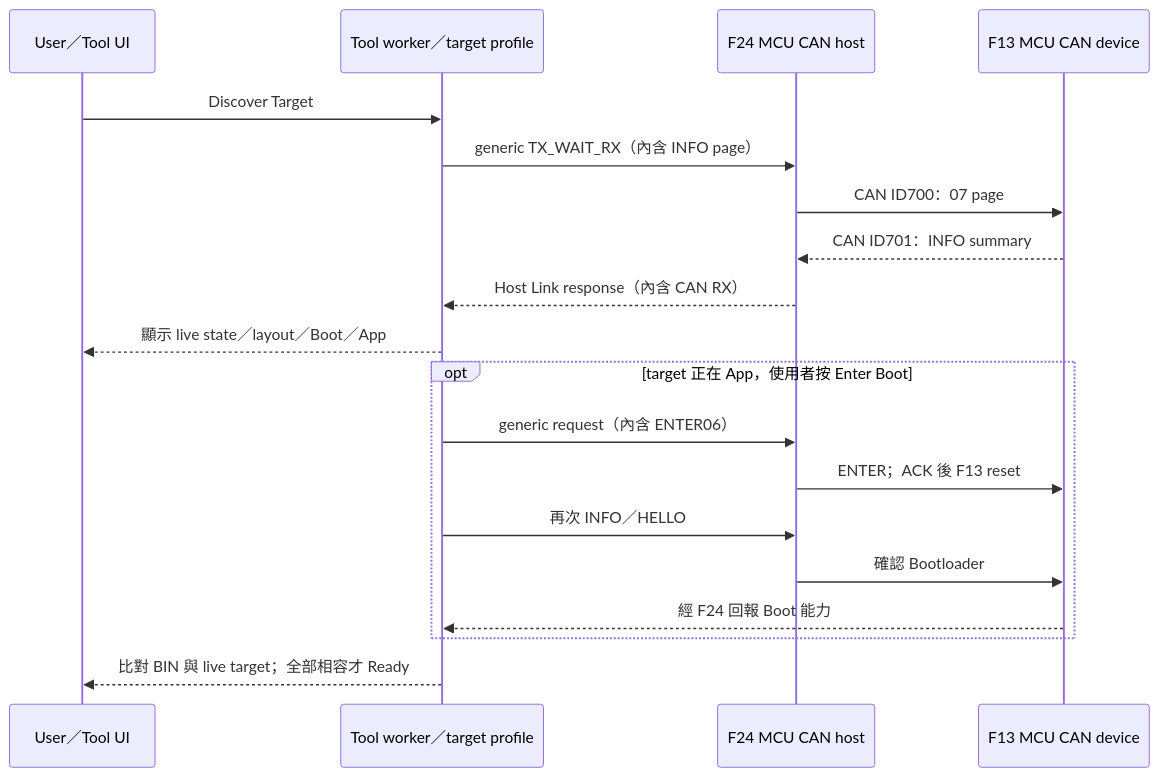
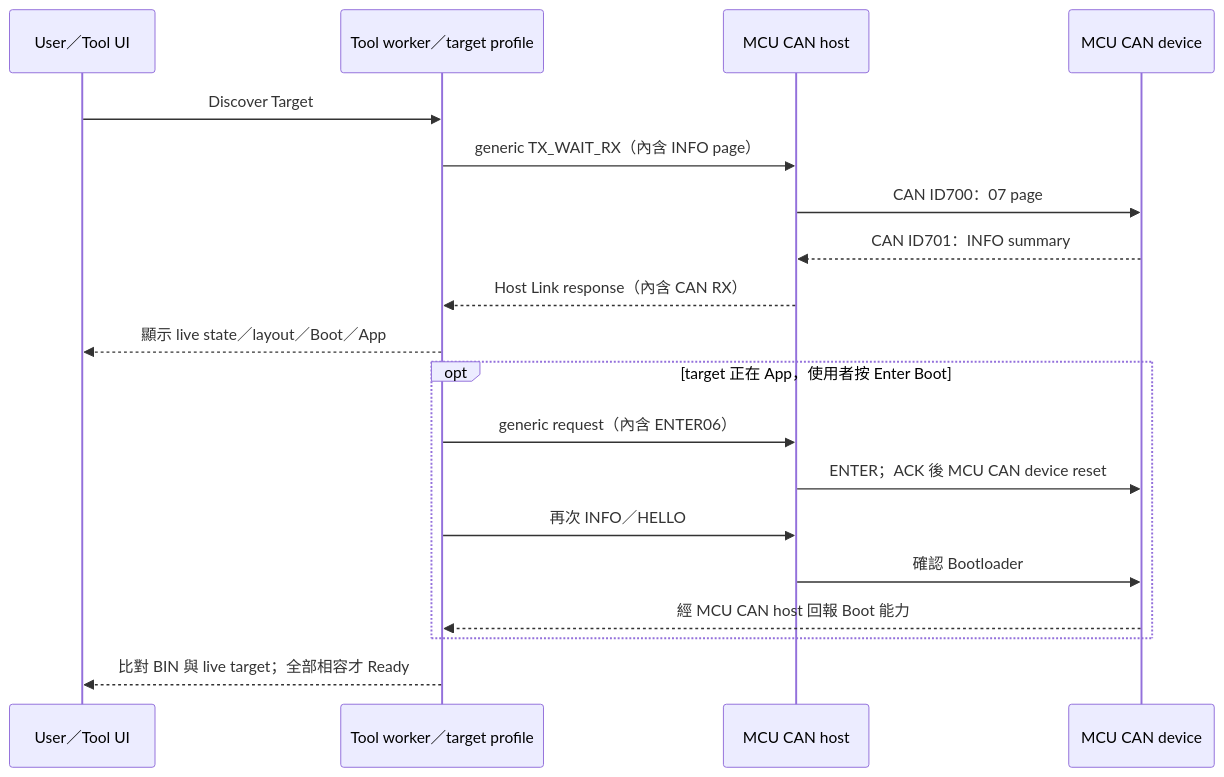
One commit to released/slide_isp_tool_for_RL78 changed the fourth of 14 diagrams in index.md. Above: the diagram before and after it, drawn with Mermaid. The commit also changed other lines of this file and 2 other files, not shown here.

````diff
--- a/index.md
+++ b/index.md
@@ -686,21 +279,21 @@
 ```mermaid
 sequenceDiagram
     participant U as User／Tool UI
     participant W as Tool worker／target profile
-    participant H as F24 MCU CAN host
-    participant D as F13 MCU CAN device
+    participant H as MCU CAN host
+    participant D as MCU CAN device
     U->>W: Discover Target
     W->>H: generic TX_WAIT_RX（內含 INFO page）
     H->>D: CAN ID700：07 page
     D-->>H: CAN ID701：INFO summary
     H-->>W: Host Link response（內含 CAN RX）
     W-->>U: 顯示 live state／layout／Boot／App
     opt target 正在 App，使用者按 Enter Boot
         W->>H: generic request（內含 ENTER06）
-        H->>D: ENTER；ACK 後 F13 reset
+        H->>D: ENTER；ACK 後 MCU CAN device reset
         W->>H: 再次 INFO／HELLO
         H->>D: 確認 Bootloader
-        D-->>W: 經 F24 回報 Boot 能力
+        D-->>W: 經 MCU CAN host 回報 Boot 能力
     end
     W-->>U: 比對 BIN 與 live target；全部相容才 Ready
 ```
````
